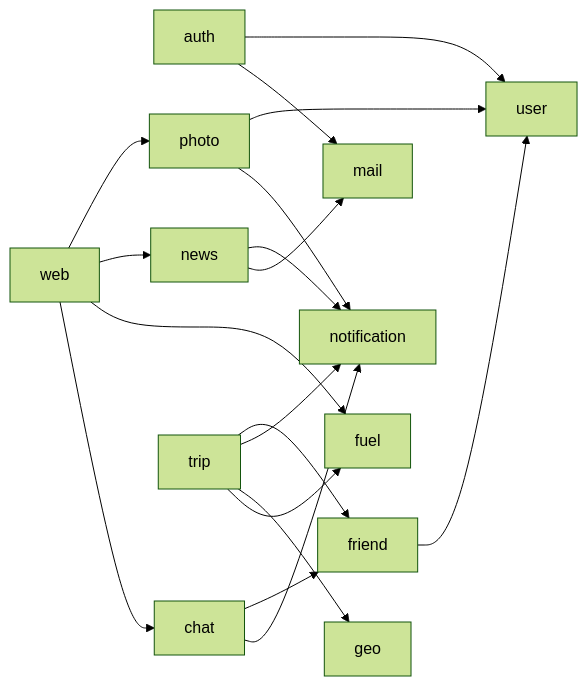
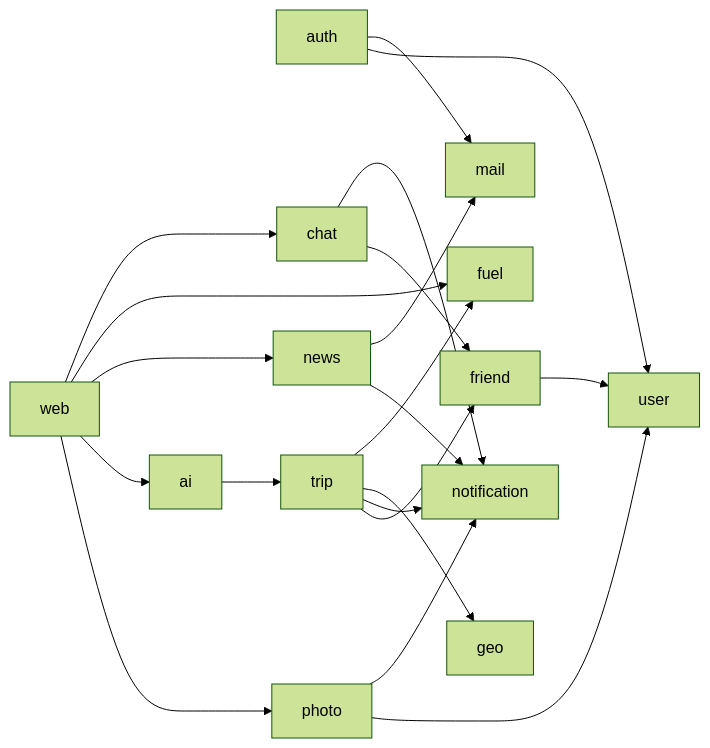
The second of 3 diagrams in docs/architettura.md (Paolo994/motorbike), drawn with Mermaid (forest theme) before and after one commit. The commit also changed other lines of this file and 38 other files, not shown here.

````diff
--- a/docs/architettura.md
+++ b/docs/architettura.md
@@ -109,20 +114,22 @@
 ```mermaid
 flowchart LR
     auth --> user
     auth --> mail
     photo --> user
     photo --> notification
     friend --> user
     chat --> friend
     chat --> notification
     news --> notification
     news --> mail
     trip --> friend
     trip --> notification
     trip --> geo
     trip --> fuel
+    ai --> trip
     web --> photo
+    web --> ai
     web --> news
     web --> fuel
     web --> chat
 ```
````
